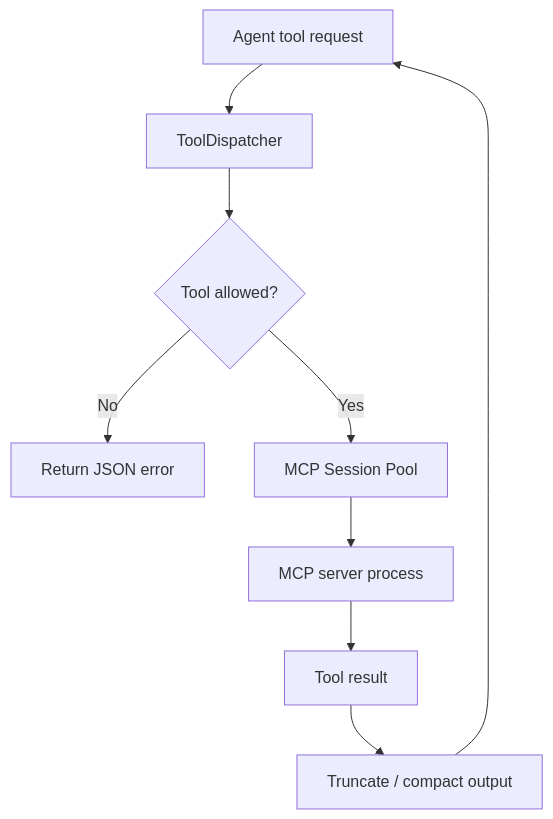
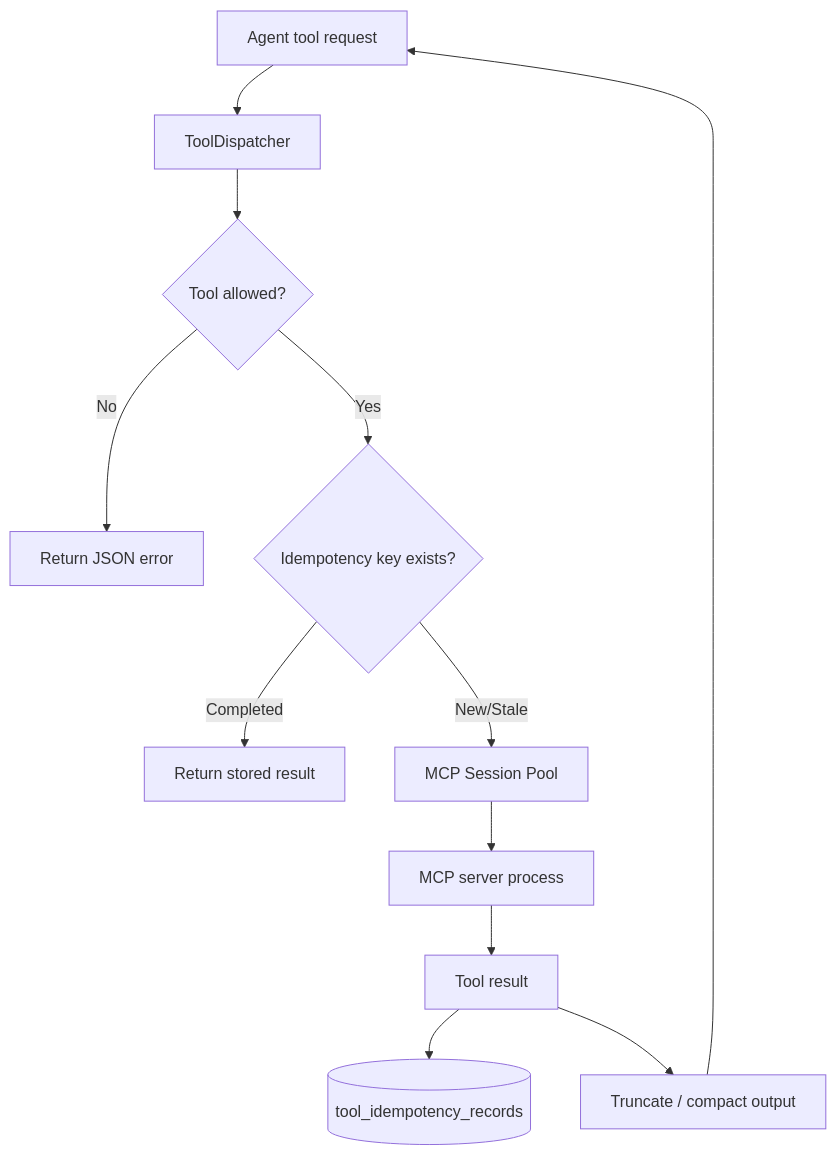
One commit to Solvealgoritms22/Software-Company changed the fourth of 6 diagrams in README.md. Above: the diagram before and after it, drawn with Mermaid. The commit also changed other lines of this file and 21 other files, not shown here.

````diff
--- a/README.md
+++ b/README.md
@@ -354,11 +384,14 @@
 ```mermaid
 flowchart TD
     Agent[Agent tool request] --> Dispatcher[ToolDispatcher]
     Dispatcher --> Permissions{Tool allowed?}
     Permissions -- No --> Reject[Return JSON error]
-    Permissions -- Yes --> Pool[MCP Session Pool]
+    Permissions -- Yes --> Idempotency{Idempotency key exists?}
+    Idempotency -- Completed --> Replay[Return stored result]
+    Idempotency -- New/Stale --> Pool[MCP Session Pool]
     Pool --> Server[MCP server process]
     Server --> Result[Tool result]
+    Result --> Record[(tool_idempotency_records)]
     Result --> Compact[Truncate / compact output]
     Compact --> Agent
 ```
````
